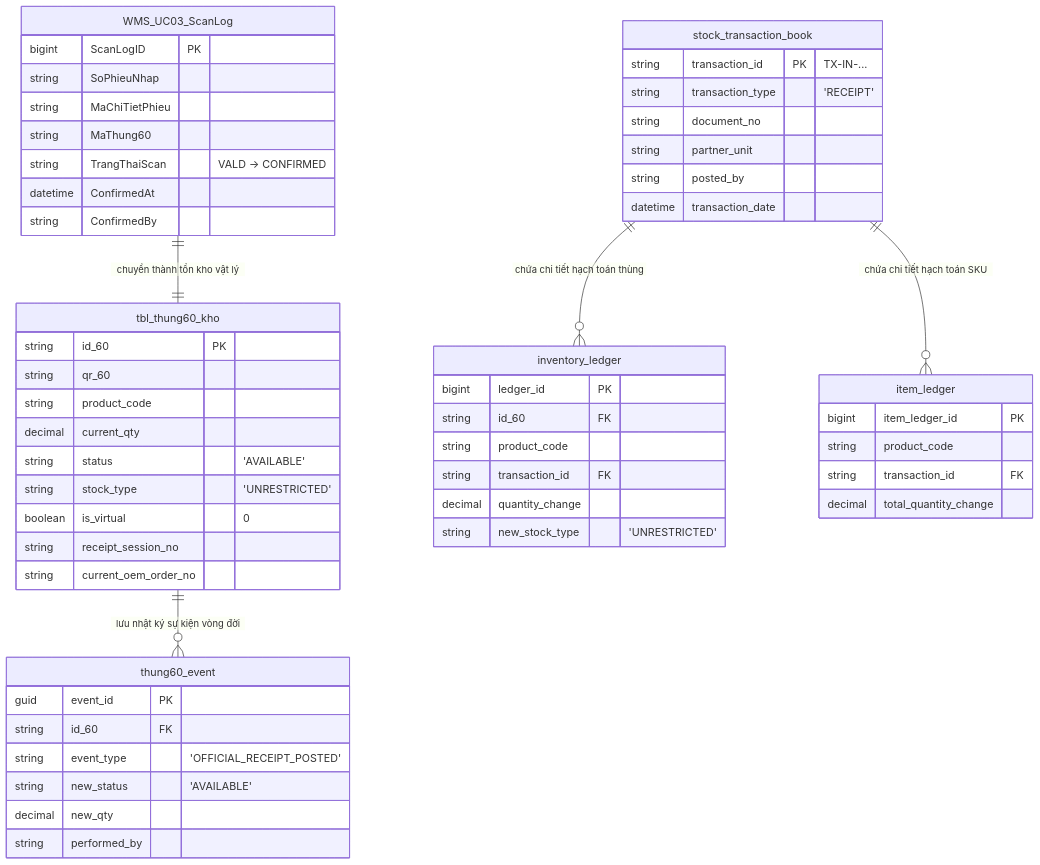
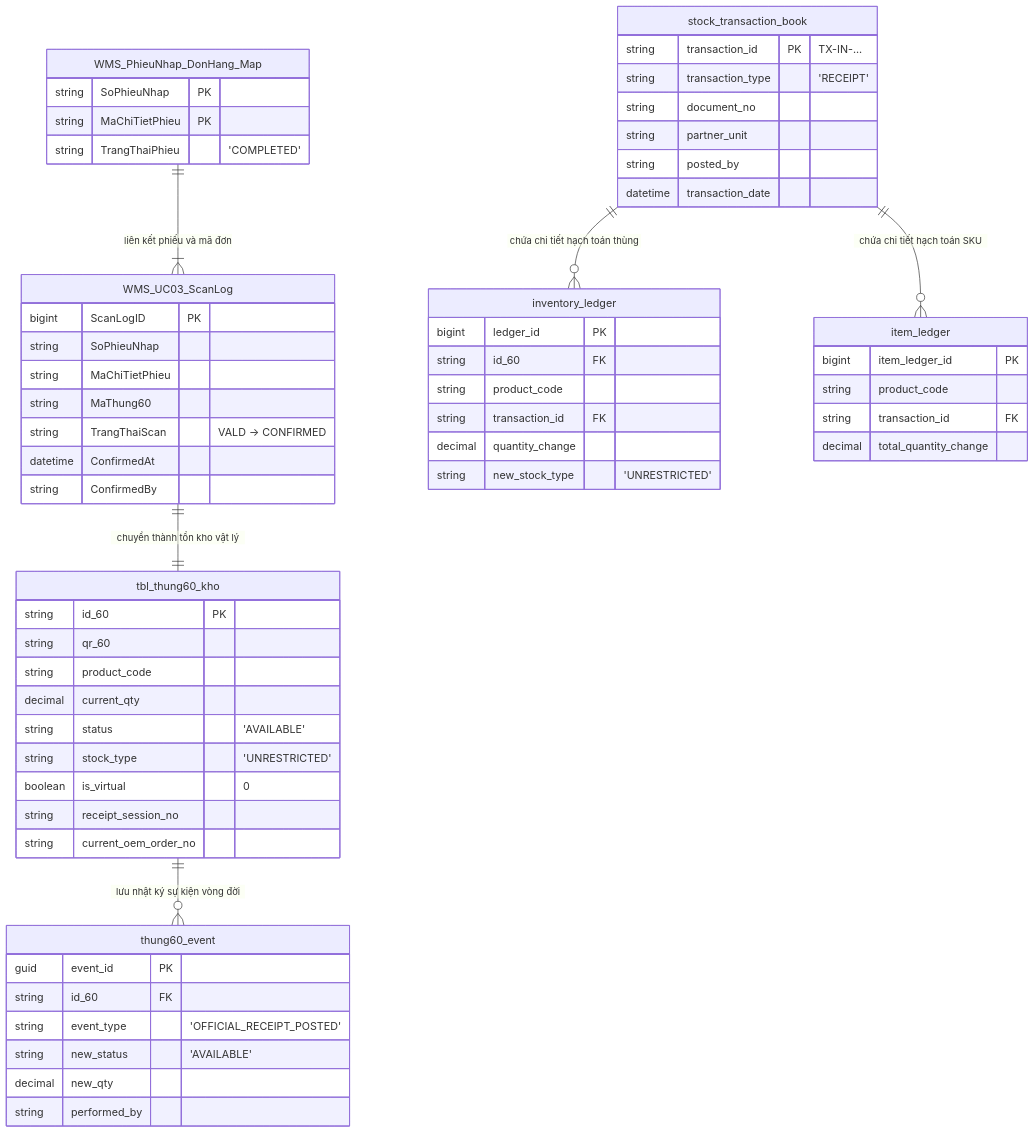
One commit to Sohoa-KNSG/wms1 changed the third of 3 diagrams in 02_Process_UseCase/UC04_Pending_Handover.md. Above: the diagram before and after it, drawn with Mermaid. The commit also changed other lines of this file and 1 other file, not shown here.

Commit message:
docs: Update UC04 and UC05 documents with recent changes

````diff
--- a/02_Process_UseCase/UC04_Pending_Handover.md
+++ b/02_Process_UseCase/UC04_Pending_Handover.md
@@ -370,63 +371,70 @@
 ```mermaid
 erDiagram
     WMS_UC03_ScanLog ||--|| tbl_thung60_kho : "chuyển thành tồn kho vật lý"
     stock_transaction_book ||--o{ inventory_ledger : "chứa chi tiết hạch toán thùng"
     stock_transaction_book ||--o{ item_ledger : "chứa chi tiết hạch toán SKU"
     tbl_thung60_kho ||--o{ thung60_event : "lưu nhật ký sự kiện vòng đời"
+    WMS_PhieuNhap_DonHang_Map ||--|{ WMS_UC03_ScanLog : "liên kết phiếu và mã đơn"
+
+    WMS_PhieuNhap_DonHang_Map {
+        string SoPhieuNhap PK
+        string MaChiTietPhieu PK
+        string TrangThaiPhieu "'COMPLETED'"
+    }
 
     WMS_UC03_ScanLog {
         bigint ScanLogID PK
         string SoPhieuNhap
         string MaChiTietPhieu
         string MaThung60
         string TrangThaiScan "VALD -> CONFIRMED"
         datetime ConfirmedAt
         string ConfirmedBy
     }
 
     tbl_thung60_kho {
         string id_60 PK
         string qr_60
         string product_code
         decimal current_qty
         string status "'AVAILABLE'"
         string stock_type "'UNRESTRICTED'"
         boolean is_virtual "0"
         string receipt_session_no
         string current_oem_order_no
     }
 
     stock_transaction_book {
         string transaction_id PK "TX-IN-..."
         string transaction_type "'RECEIPT'"
         string document_no
         string partner_unit
         string posted_by
         datetime transaction_date
     }
 
     inventory_ledger {
         bigint ledger_id PK
         string id_60 FK
         string product_code
         string transaction_id FK
         decimal quantity_change
         string new_stock_type "'UNRESTRICTED'"
     }
 
     item_ledger {
         bigint item_ledger_id PK
         string product_code
         string transaction_id FK
         decimal total_quantity_change
     }
 
     thung60_event {
         guid event_id PK
         string id_60 FK
         string event_type "'OFFICIAL_RECEIPT_POSTED'"
         string new_status "'AVAILABLE'"
         decimal new_qty
         string performed_by
     }
 ```
````
